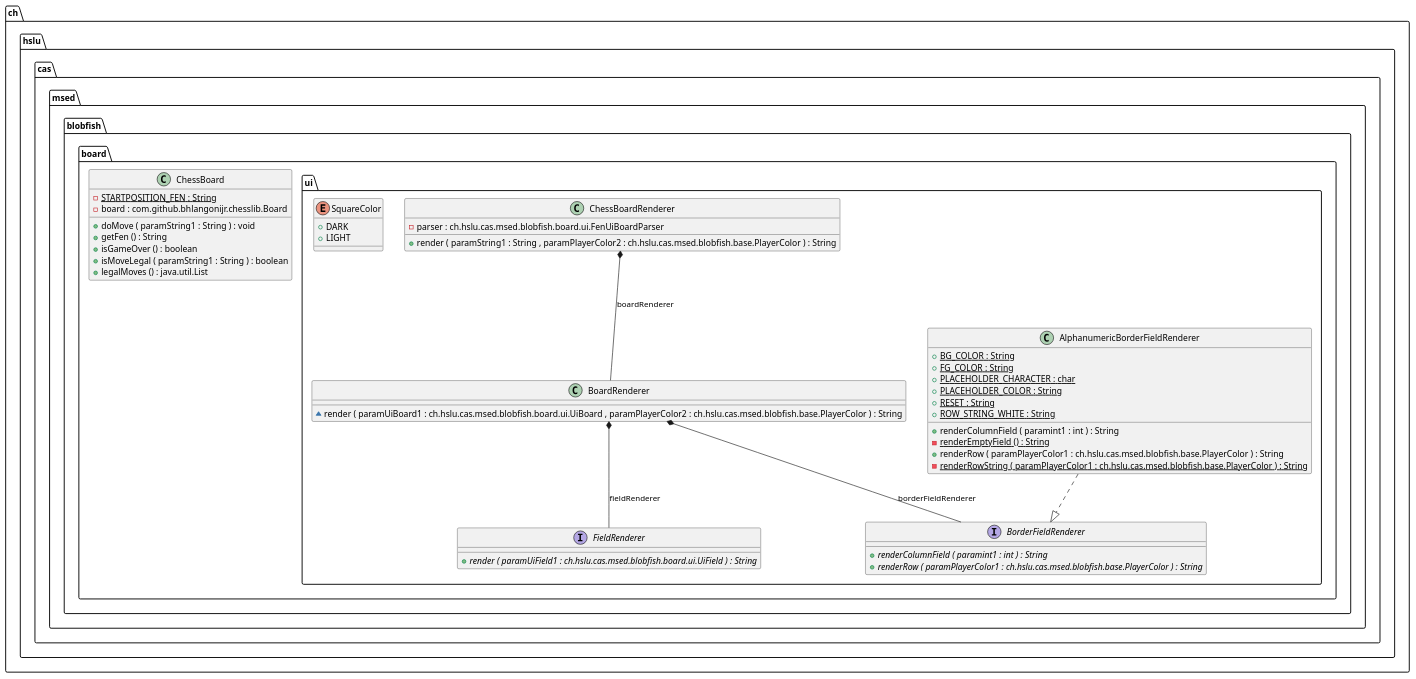
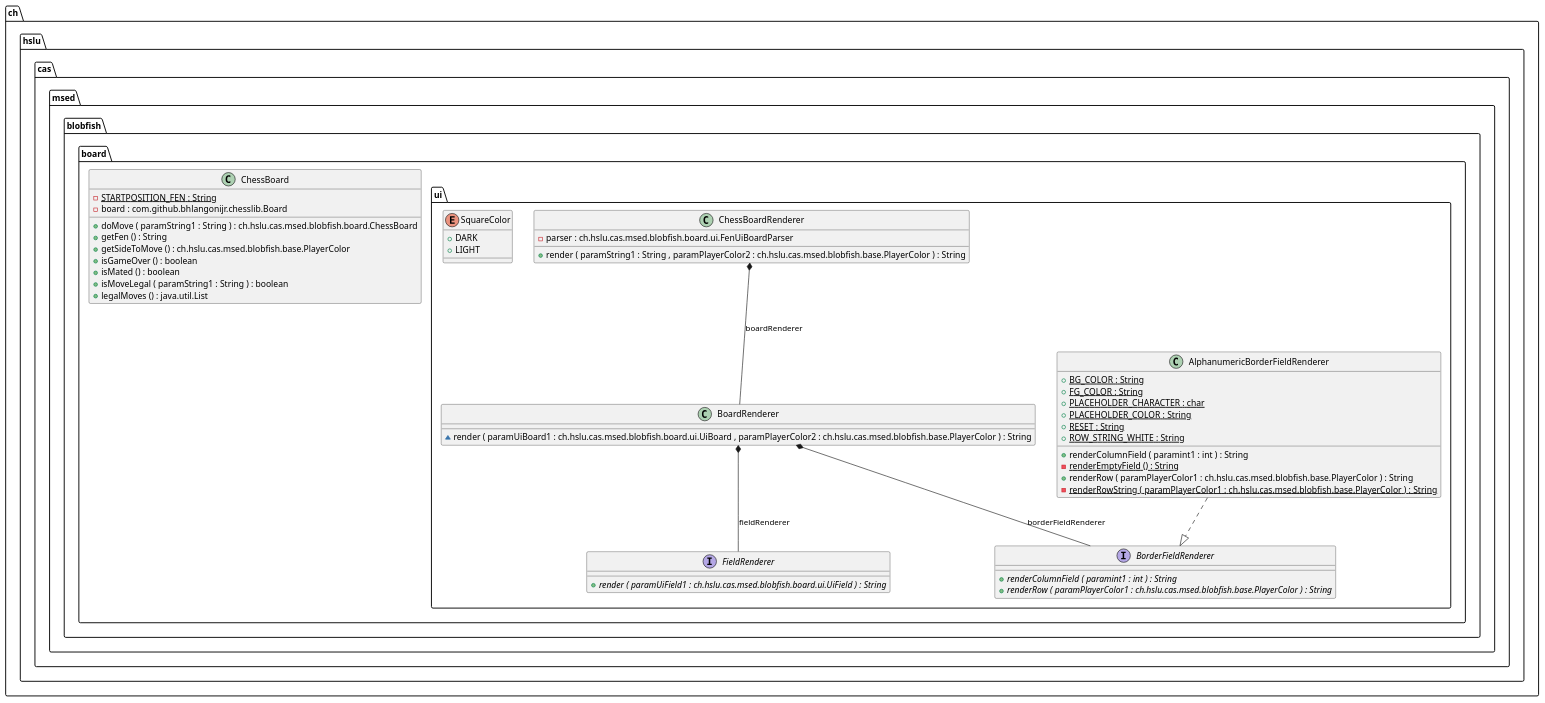
One commit to l2c0r3/blobfish changed the diagram in docs/generated-diagrams/board.puml. Above: the diagram before and after it, drawn with PlantUML. The commit also changed 16 other files, not shown here.

```diff
--- a/docs/generated-diagrams/board.puml
+++ b/docs/generated-diagrams/board.puml
@@ -1,64 +1,66 @@
 @startuml
 
 class ch.hslu.cas.msed.blobfish.board.ChessBoard {
 	{field} {static} -STARTPOSITION_FEN : String
 	{field} -board : com.github.bhlangonijr.chesslib.Board
-	{method} +doMove ( paramString1 : String ) : void
+	{method} +doMove ( paramString1 : String ) : ch.hslu.cas.msed.blobfish.board.ChessBoard
 	{method} +getFen () : String
+	{method} +getSideToMove () : ch.hslu.cas.msed.blobfish.base.PlayerColor
 	{method} +isGameOver () : boolean
+	{method} +isMated () : boolean
 	{method} +isMoveLegal ( paramString1 : String ) : boolean
 	{method} +legalMoves () : java.util.List
 }
 
 
 class ch.hslu.cas.msed.blobfish.board.ui.AlphanumericBorderFieldRenderer {
 	{field} {static} +BG_COLOR : String
 	{field} {static} +FG_COLOR : String
 	{field} {static} +PLACEHOLDER_CHARACTER : char
 	{field} {static} +PLACEHOLDER_COLOR : String
 	{field} {static} +RESET : String
 	{field} {static} +ROW_STRING_WHITE : String
 	{method} +renderColumnField ( paramint1 : int ) : String
 	{method}  {static} -renderEmptyField () : String
 	{method} +renderRow ( paramPlayerColor1 : ch.hslu.cas.msed.blobfish.base.PlayerColor ) : String
 	{method}  {static} -renderRowString ( paramPlayerColor1 : ch.hslu.cas.msed.blobfish.base.PlayerColor ) : String
 }
 
 
 class ch.hslu.cas.msed.blobfish.board.ui.BoardRenderer {
 	{method} ~render ( paramUiBoard1 : ch.hslu.cas.msed.blobfish.board.ui.UiBoard , paramPlayerColor2 : ch.hslu.cas.msed.blobfish.base.PlayerColor ) : String
 }
 
 
 interface ch.hslu.cas.msed.blobfish.board.ui.BorderFieldRenderer {
 	{method}  {abstract} +renderColumnField ( paramint1 : int ) : String
 	{method}  {abstract} +renderRow ( paramPlayerColor1 : ch.hslu.cas.msed.blobfish.base.PlayerColor ) : String
 }
 
 
 class ch.hslu.cas.msed.blobfish.board.ui.ChessBoardRenderer {
 	{field} -parser : ch.hslu.cas.msed.blobfish.board.ui.FenUiBoardParser
 	{method} +render ( paramString1 : String , paramPlayerColor2 : ch.hslu.cas.msed.blobfish.base.PlayerColor ) : String
 }
 
 
 interface ch.hslu.cas.msed.blobfish.board.ui.FieldRenderer {
 	{method}  {abstract} +render ( paramUiField1 : ch.hslu.cas.msed.blobfish.board.ui.UiField ) : String
 }
 
 
 enum ch.hslu.cas.msed.blobfish.board.ui.SquareColor {
 	{field} +DARK
 	{field} +LIGHT
 }
 
 
 
 
 ch.hslu.cas.msed.blobfish.board.ui.AlphanumericBorderFieldRenderer ..|>  ch.hslu.cas.msed.blobfish.board.ui.BorderFieldRenderer
 ch.hslu.cas.msed.blobfish.board.ui.BoardRenderer *--  ch.hslu.cas.msed.blobfish.board.ui.BorderFieldRenderer : borderFieldRenderer
 ch.hslu.cas.msed.blobfish.board.ui.BoardRenderer *--  ch.hslu.cas.msed.blobfish.board.ui.FieldRenderer : fieldRenderer
 ch.hslu.cas.msed.blobfish.board.ui.ChessBoardRenderer *--  ch.hslu.cas.msed.blobfish.board.ui.BoardRenderer : boardRenderer
 
 
 @enduml
```
